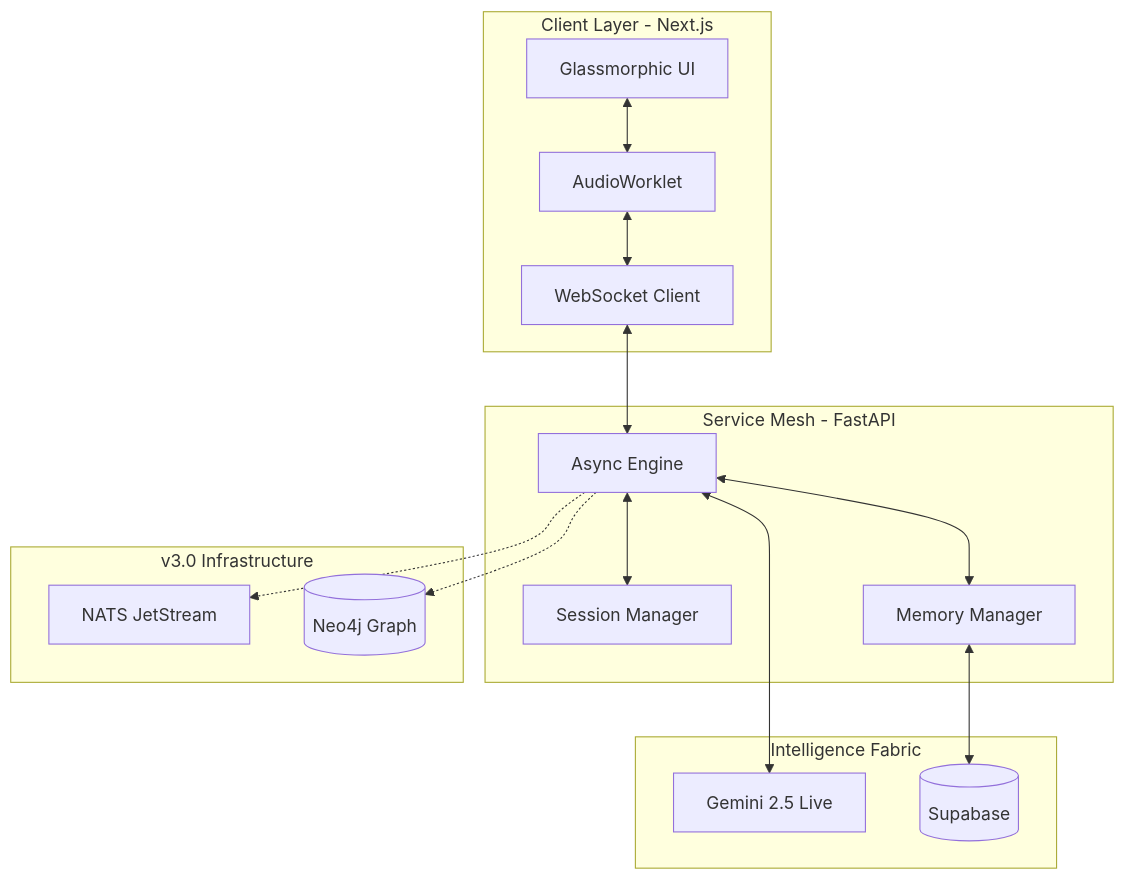
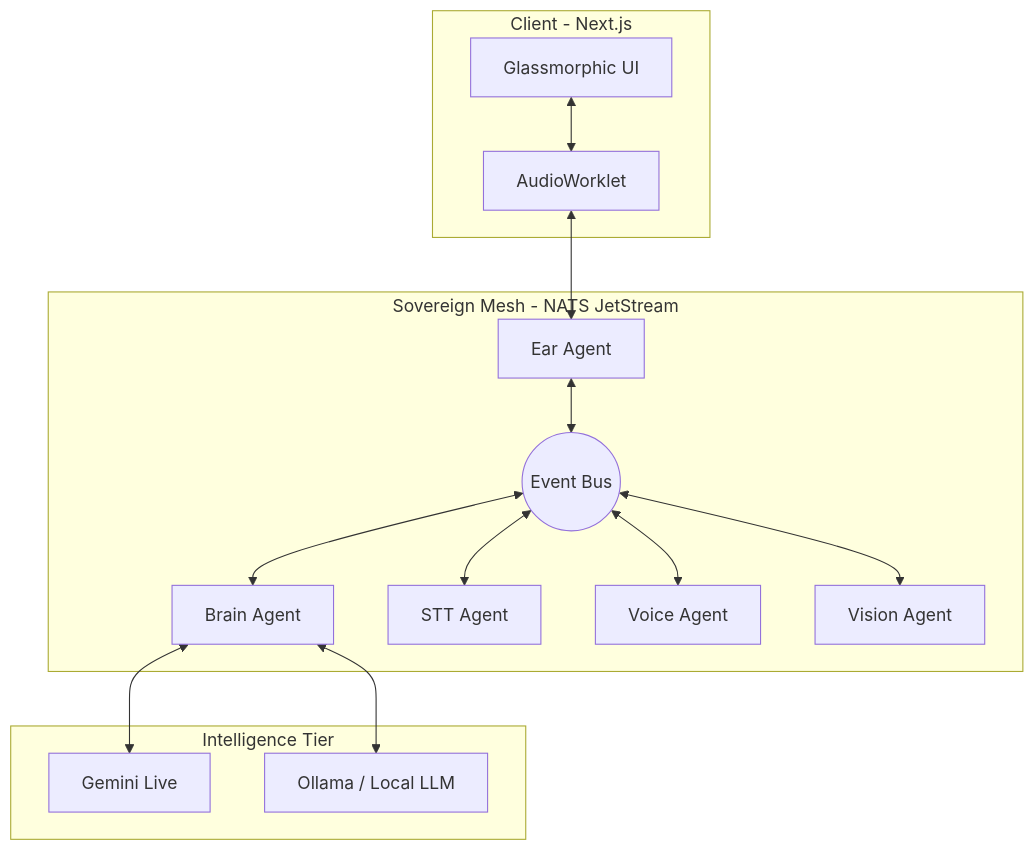
The diagram in README.md (Aniket-a14/AI_friend), drawn with Mermaid before and after one commit. The commit also changed other lines of this file and 70 other files, not shown here.

Commit message:
feat: Introduce agent-based architecture, WebRTC voice, vision capabilities, and CI/CD for enhanced AI interaction.

````diff
--- a/README.md
+++ b/README.md
@@ -141,34 +102,31 @@
 ```mermaid
 graph TB
-    subgraph Client [Client Layer - Next.js]
+    subgraph Client [Client - Next.js]
         UI[Glassmorphic UI]
         AW[AudioWorklet]
-        WS[WebSocket Client]
     end
     
-    subgraph Backend [Service Mesh - FastAPI]
-        API[Async Engine]
-        Session[Session Manager]
-        Memory[Memory Manager]
+    subgraph Mesh [Sovereign Mesh - NATS JetStream]
+        NATS((Event Bus))
+        EAR[Ear Agent]
+        BRAIN[Brain Agent]
+        STT[STT Agent]
+        VOICE[Voice Agent]
+        VISION[Vision Agent]
     end
     
-    subgraph Intelligence [Intelligence Fabric]
-        Gemini[Gemini 2.5 Live]
-        DB[(Supabase)]
-    end
-    
-    subgraph V3 [v3.0 Infrastructure]
-        NATS[NATS JetStream]
-        Neo4j[(Neo4j Graph)]
+    subgraph Intelligence [Intelligence Tier]
+        Gemini[Gemini Live]
+        Ollama[Ollama / Local LLM]
     end
     
     UI <--> AW
-    AW <--> WS
-    WS <--> API
-    API <--> Session
-    API <--> Memory
-    API <--> Gemini
-    Memory <--> DB
-    API -.-> NATS
-    API -.-> Neo4j
+    AW <--> EAR
+    EAR <--> NATS
+    NATS <--> BRAIN
+    NATS <--> STT
+    NATS <--> VOICE
+    NATS <--> VISION
+    BRAIN <--> Gemini
+    BRAIN <--> Ollama
 ```
````
